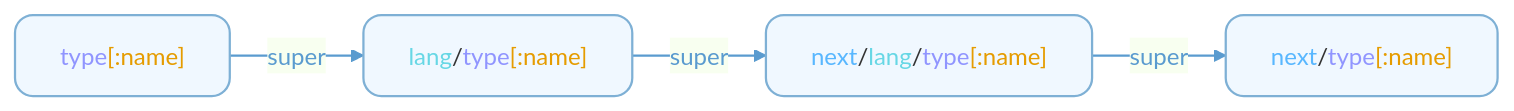
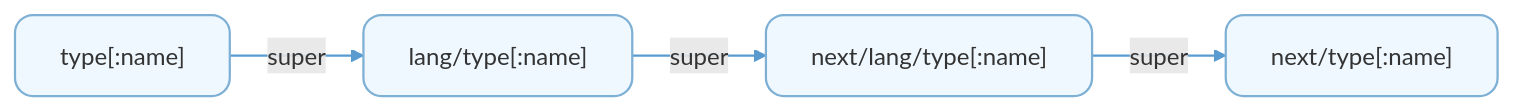
The diagram in docs/en/api.md (mkideal/next), drawn with Mermaid before and after one commit. The commit also changed other lines of this file and 9 other files, not shown here.

````diff
--- a/docs/en/api.md
+++ b/docs/en/api.md
@@ -255,10 +266,28 @@
 ```mermaid
-%%{init: {'theme': 'base', 'themeVariables': { 'primaryColor': '#f0f8ff', 'primaryBorderColor': '#7eb0d5', 'lineColor': '#5a9bcf', 'primaryTextColor': '#333333' }}}%%
+%%{init: {
+	'theme': 'base',
+	'themeVariables': {
+		'primaryColor': '#f0f8ff',
+		'primaryBorderColor': '#7eb0d5',
+		'lineColor': '#5a9bcf',
+		'primaryTextColor': '#333333'
+	},
+	'flowchart': {
+		'htmlLabels': true
+	},
+	'css': '
+		.type { color: #9095FF; }
+		.name { color: #E59C00; }
+		.lang { color: #67D7E5; }
+		.next { color: #58B7FF; }
+		.super { color: #5a9bcf; }
+	'
+}}%%
 flowchart LR
-A["<span style='color:#9095FF'>type</span><span style='color:#E59C00'>[:name]</span>"] --> |<span style='color:#5a9bcf'>super</span>| B["<span style='color:#67D7E5'>lang</span>/<span style='color:#9095FF'>type</span><span style='color:#E59C00'>[:name]</span>"]
-B --> |<span style='color:#5a9bcf'>super</span>| C["<span style='color:#58B7FF'>next</span>/<span style='color:#67D7E5'>lang</span>/<span style='color:#9095FF'>type</span><span style='color:#E59C00'>[:name]</span>"]
-C --> |<span style='color:#5a9bcf'>super</span>| D["<span style='color:#58B7FF'>next</span>/<span style='color:#9095FF'>type</span><span style='color:#E59C00'>[:name]</span>"]
+	A["<span class='type'>type</span><span class='name'>[:name]</span>"] --> |<span class='super'>super</span>| B["<span class='lang'>lang</span>/<span class='type'>type</span><span class='name'>[:name]</span>"]
+	B --> |<span class='super'>super</span>| C["<span class='next'>next</span>/<span class='lang'>lang</span>/<span class='type'>type</span><span class='name'>[:name]</span>"]
+	C --> |<span class='super'>super</span>| D["<span class='next'>next</span>/<span class='type'>type</span><span class='name'>[:name]</span>"]
 
-classDef default fill:#f0f8ff,stroke:#7eb0d5,stroke-width:1.5px,rx:12,ry:12;
-linkStyle default stroke:#5a9bcf,stroke-width:1.5px;
+	classDef default fill:#f0f8ff,stroke:#7eb0d5,stroke-width:1.5px,rx:12,ry:12;
+	linkStyle default stroke:#5a9bcf,stroke-width:1.5px;
 ```
````
